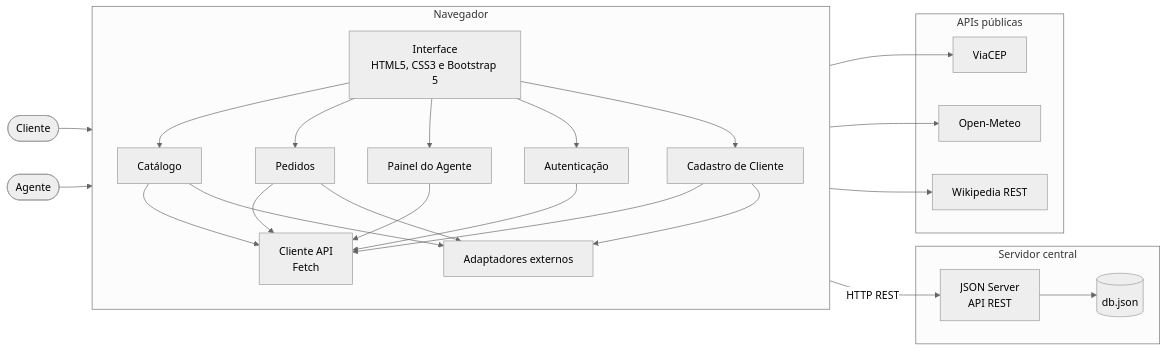
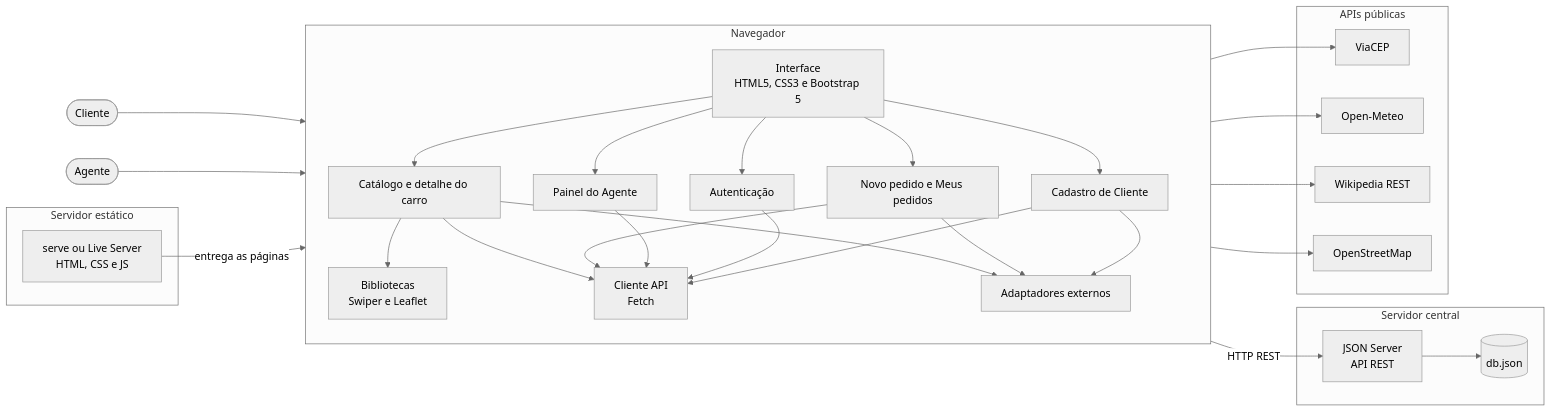
One commit to gabrielcarvalhosoa/WeekndCar changed the first of 2 diagrams in README.md. Above: the diagram before and after it, drawn with Mermaid (neutral theme). The commit also changed other lines of this file and 8 other files, not shown here.

````diff
--- a/README.md
+++ b/README.md
@@ -171,49 +175,58 @@
 ```mermaid
 flowchart LR
     U1([Cliente])
     U2([Agente])
 
+    subgraph EST["Servidor estático"]
+        SRV1["serve ou Live Server<br/>HTML, CSS e JS"]
+    end
+
     subgraph NAV["Navegador"]
         direction TB
         UI["Interface<br/>HTML5, CSS3 e Bootstrap 5"]
-        CAT["Catálogo"]
-        PED["Pedidos"]
+        CAT["Catálogo e detalhe do carro"]
+        PED["Novo pedido e Meus pedidos"]
         PAI["Painel do Agente"]
         AUT["Autenticação"]
         CLI["Cadastro de Cliente"]
         API["Cliente API<br/>Fetch"]
         EXT["Adaptadores externos"]
+        LIB["Bibliotecas<br/>Swiper e Leaflet"]
     end
 
     subgraph SRV["Servidor central"]
         JS["JSON Server<br/>API REST"]
         DB[("db.json")]
     end
 
     subgraph PUB["APIs públicas"]
         V["ViaCEP"]
         M["Open-Meteo"]
         W["Wikipedia REST"]
+        O["OpenStreetMap"]
     end
 
     U1 --> UI
     U2 --> UI
+    SRV1 -->|"entrega as páginas"| UI
     UI --> CAT
     UI --> PED
     UI --> PAI
     UI --> AUT
     UI --> CLI
+    CAT --> LIB
     CAT --> API
+    CAT --> EXT
     PED --> API
+    PED --> EXT
     PAI --> API
     AUT --> API
     CLI --> API
     CLI --> EXT
-    PED --> EXT
-    CAT --> EXT
     API -->|"HTTP REST"| JS
     JS --> DB
     EXT --> V
     EXT --> M
     EXT --> W
+    LIB --> O
 ```
````
